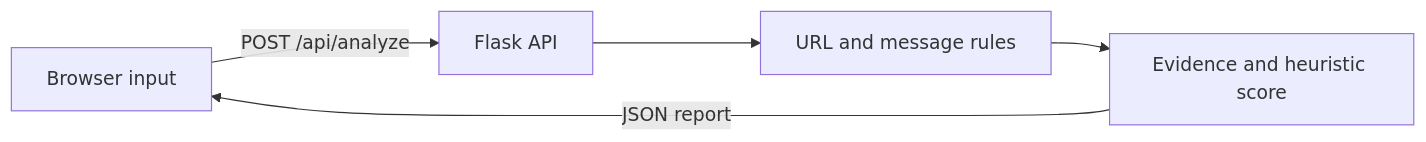
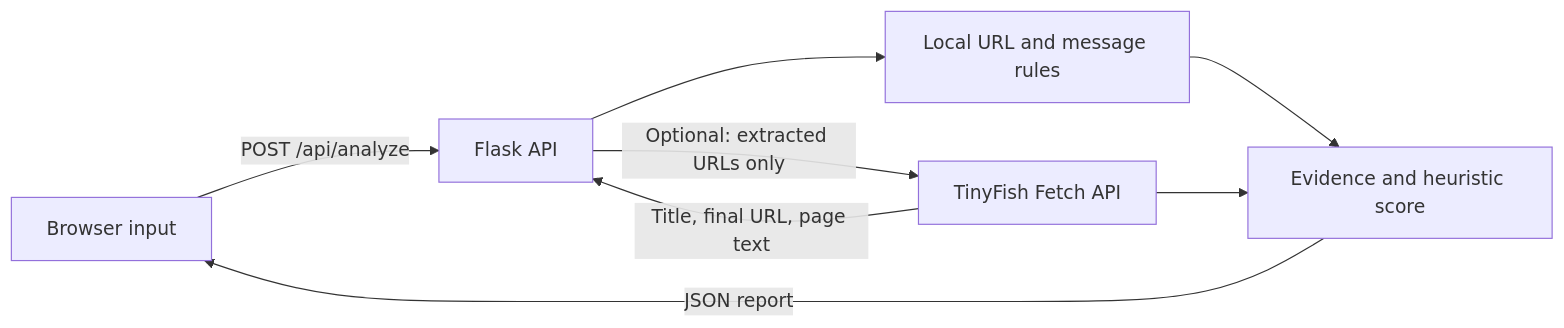
The diagram in README.md (shubhmroot/trapdoor), drawn with Mermaid before and after one commit. The commit also changed other lines of this file and 7 other files, not shown here.

Commit message:
Integrate TinyFish live page inspection

````diff
--- a/README.md
+++ b/README.md
@@ -76,7 +85,10 @@
 ```mermaid
 flowchart LR
     A[Browser input] -->|POST /api/analyze| B[Flask API]
-    B --> C[URL and message rules]
+    B --> C[Local URL and message rules]
+    B -->|Optional: extracted URLs only| T[TinyFish Fetch API]
+    T -->|Title, final URL, page text| B
     C --> D[Evidence and heuristic score]
+    T --> D
     D -->|JSON report| A
 ```
````
